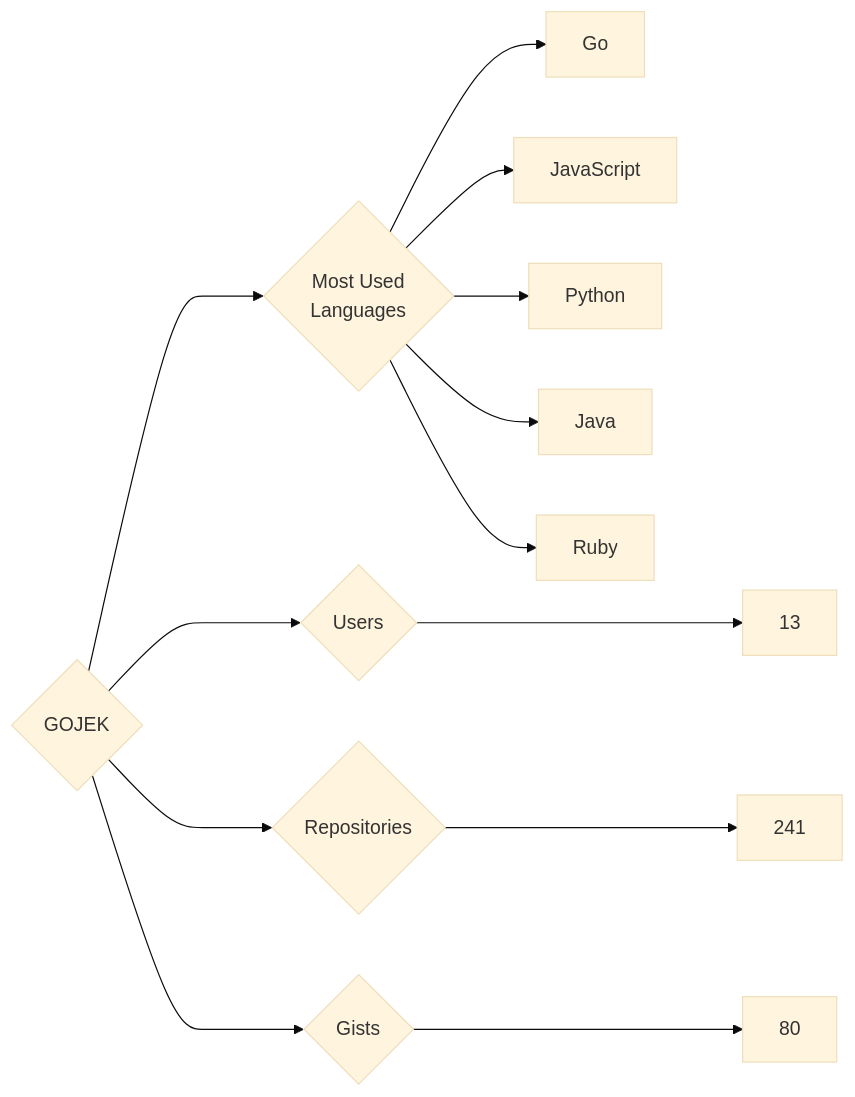
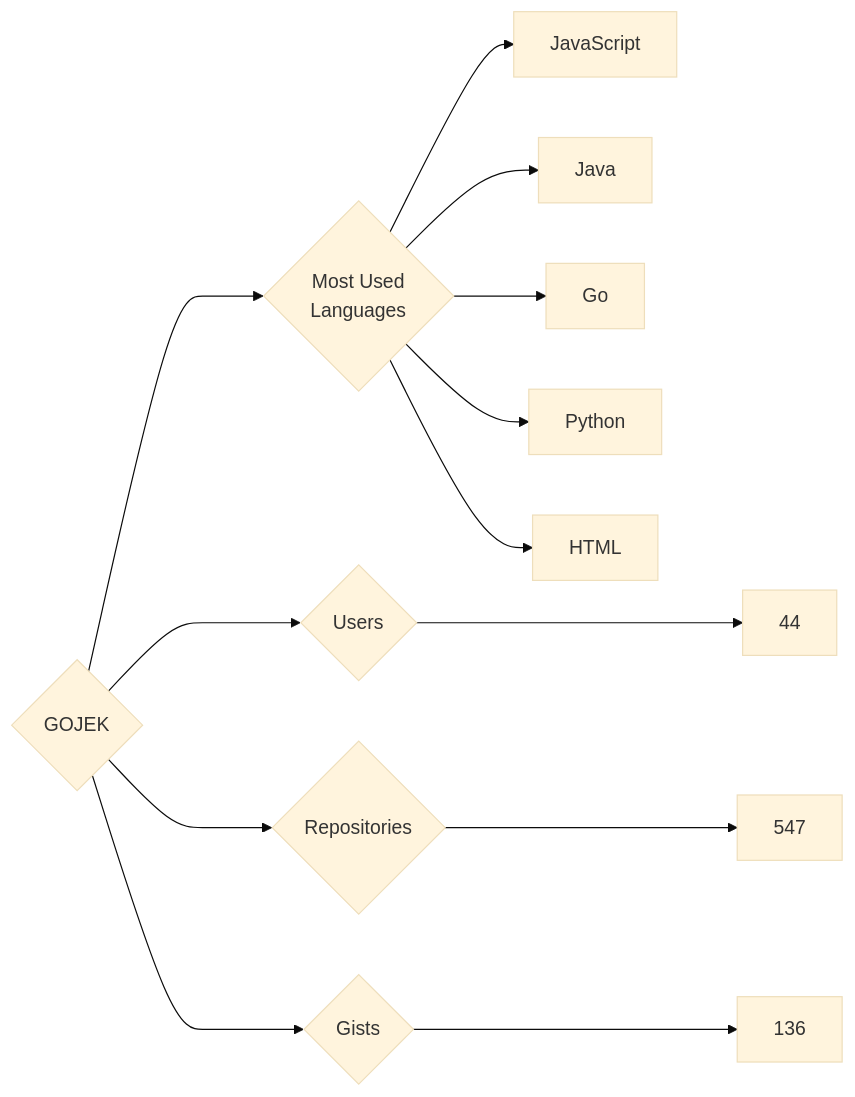
Before and after one commit to trickest/insiders: the diagram in targets/GOJEK/README.md, drawn with Mermaid (base theme). The commit also changed 610 other files, not shown here.

````diff
--- a/targets/GOJEK/README.md
+++ b/targets/GOJEK/README.md
@@ -3,13 +3,13 @@
 ```mermaid
 graph LR
 COMPANY_NAME{GOJEK}
-COMPANY_NAME ---> U{Users} ---> UN[13]
-COMPANY_NAME ---> R{Repositories} ---> RN[241]
-COMPANY_NAME ---> G{Gists} ---> GN[80]
+COMPANY_NAME ---> U{Users} ---> UN[44]
+COMPANY_NAME ---> R{Repositories} ---> RN[547]
+COMPANY_NAME ---> G{Gists} ---> GN[136]
 COMPANY_NAME ---> ML{Most Used<br>Languages}
+ML --> JavaScript[JavaScript]
+ML --> Java[Java]
 ML --> Go[Go]
-ML --> JavaScript[JavaScript]
 ML --> Python[Python]
-ML --> Java[Java]
-ML --> Ruby[Ruby]
+ML --> HTML[HTML]
 ```
````
